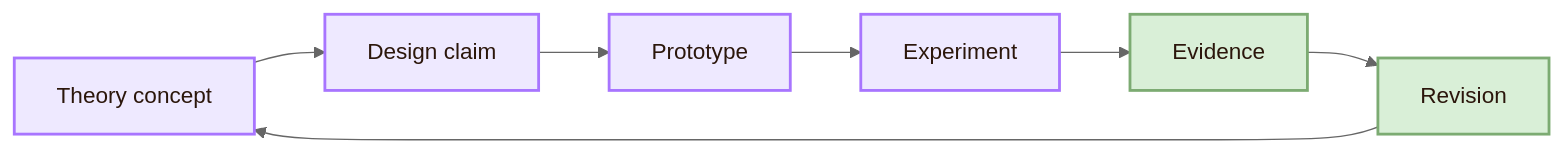
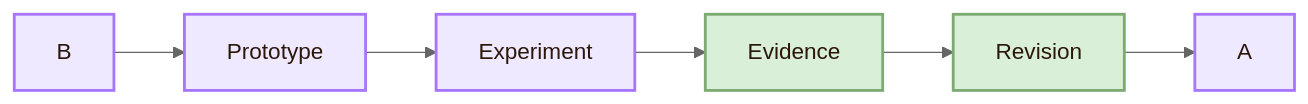
The eighth of 8 diagrams in 01_Core_Area_HCI/001_Subareas/01_Understanding_the_User/Activities/Theory.md (andreitegzes06-ui/CogniShire), drawn with Mermaid (neutral theme) before and after one commit. The commit also changed other lines of this file and 131 other files, not shown here.

````diff
--- a/01_Core_Area_HCI/001_Subareas/01_Understanding_the_User/Activities/Theory.md
+++ b/01_Core_Area_HCI/001_Subareas/01_Understanding_the_User/Activities/Theory.md
@@ -268,15 +266,14 @@
 ```mermaid
 flowchart LR
-    A["Theory concept"] --> B["Design claim"]
     B --> C["Prototype"]
     C --> D["Experiment"]
     D --> E["Evidence"]
     E --> F["Revision"]
     F --> A
 
     classDef node fill:#eee9ff,stroke:#a875ff,color:#2b160b,stroke-width:2px;
     classDef final fill:#d9efd7,stroke:#7cab72,color:#2b160b,stroke-width:2px;
 
     class A,B,C,D node;
     class E,F final;
 ```
````
